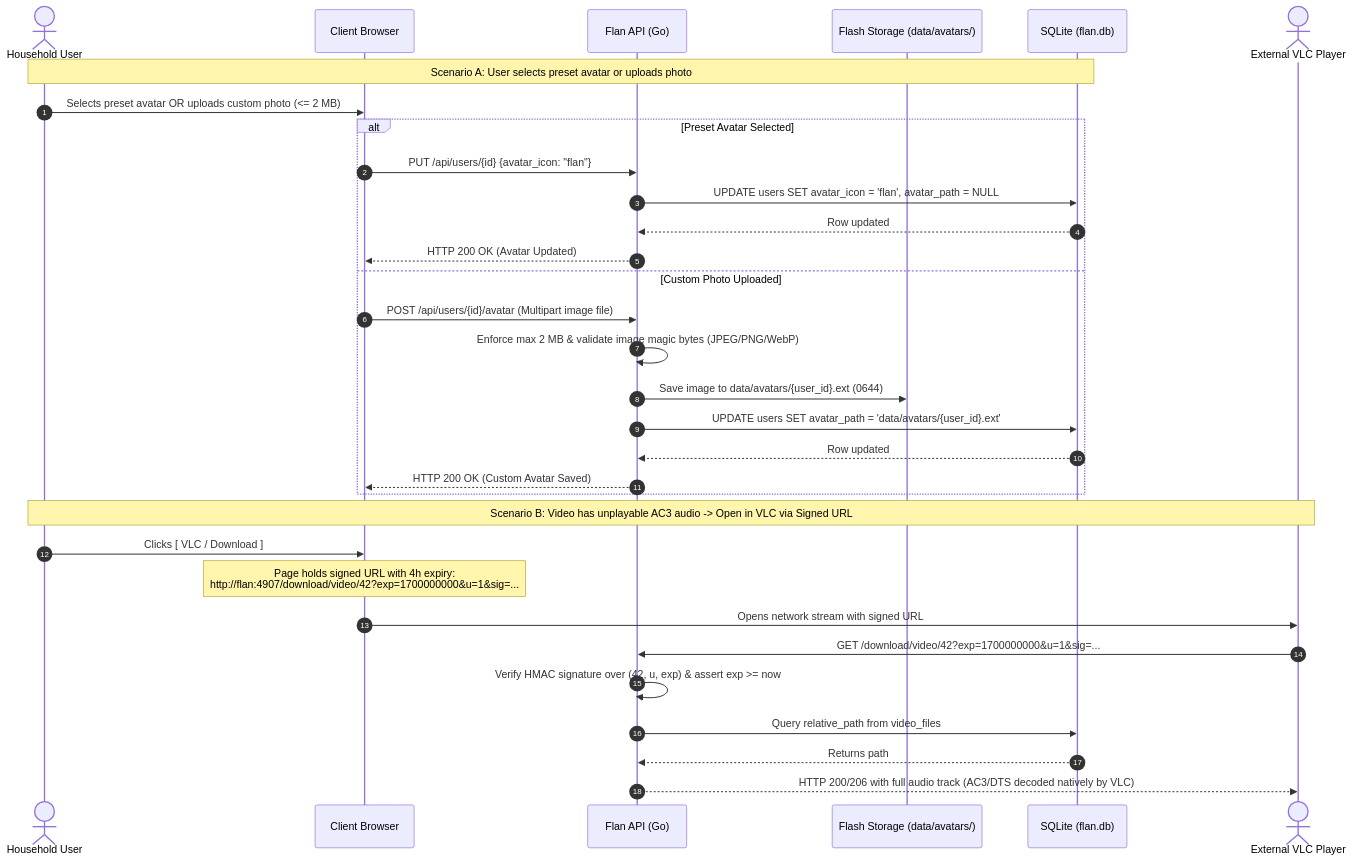
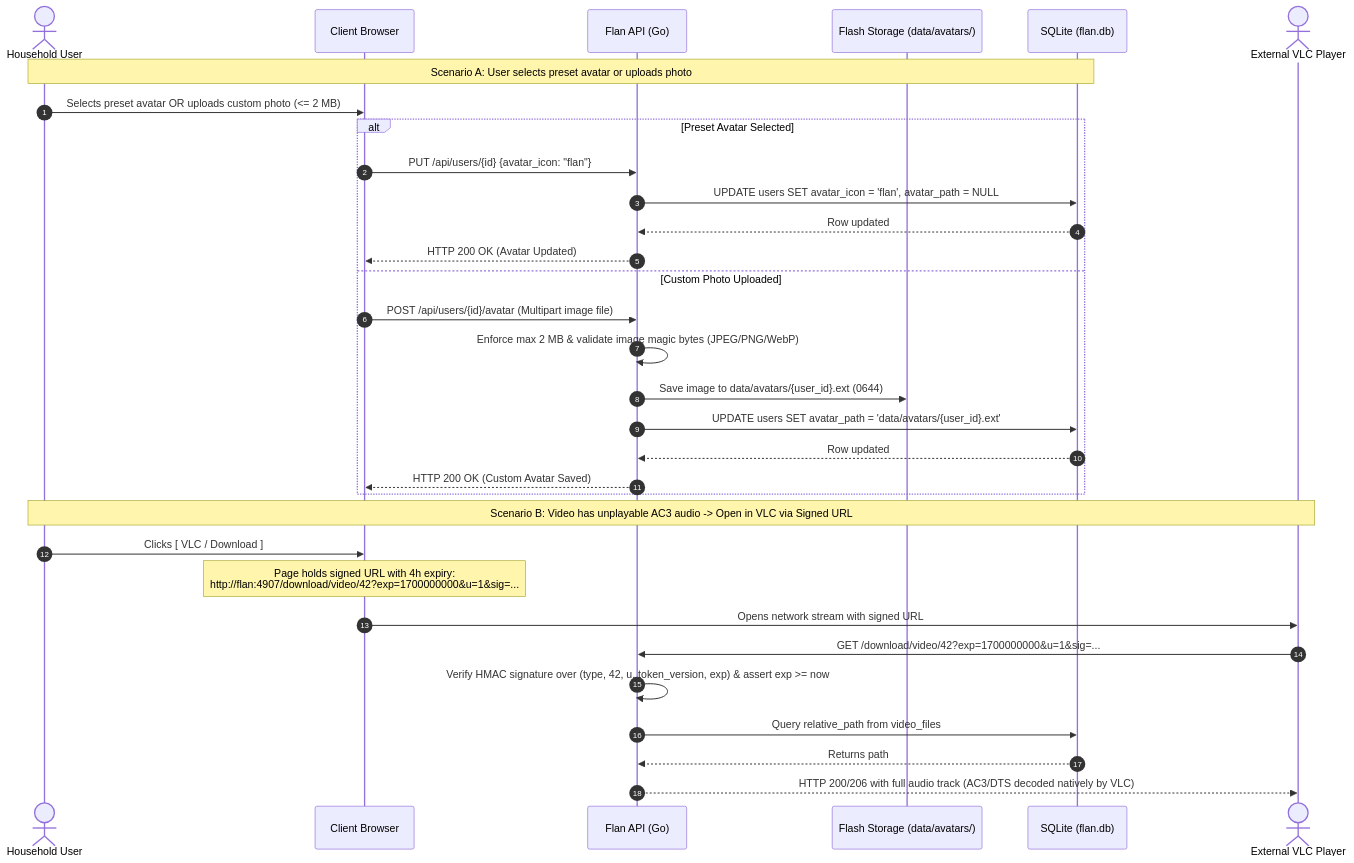
One commit to WesleyEsq/Flan-Media-Server changed the sixth of 6 diagrams in docs/diagrams/data-flow.md. Above: the diagram before and after it, drawn with Mermaid. The commit also changed other lines of this file and 26 other files, not shown here.

````diff
--- a/docs/diagrams/data-flow.md
+++ b/docs/diagrams/data-flow.md
@@ -179,36 +172,36 @@
 ```mermaid
 sequenceDiagram
     autonumber
     actor User as Household User
     participant Browser as Client Browser
     participant API as Flan API (Go)
     participant Disk as Flash Storage (data/avatars/)
     participant DB as SQLite (flan.db)
     actor VLC as External VLC Player
 
     Note over User,DB: Scenario A: User selects preset avatar or uploads photo
     User->>Browser: Selects preset avatar OR uploads custom photo (<= 2 MB)
     alt Preset Avatar Selected
         Browser->>API: PUT /api/users/{id} {avatar_icon: "flan"}
         API->>DB: UPDATE users SET avatar_icon = 'flan', avatar_path = NULL
         DB-->>API: Row updated
         API-->>Browser: HTTP 200 OK (Avatar Updated)
     else Custom Photo Uploaded
         Browser->>API: POST /api/users/{id}/avatar (Multipart image file)
         API->>API: Enforce max 2 MB & validate image magic bytes (JPEG/PNG/WebP)
         API->>Disk: Save image to data/avatars/{user_id}.ext (0644)
         API->>DB: UPDATE users SET avatar_path = 'data/avatars/{user_id}.ext'
         DB-->>API: Row updated
         API-->>Browser: HTTP 200 OK (Custom Avatar Saved)
     end
 
     Note over User,VLC: Scenario B: Video has unplayable AC3 audio -> Open in VLC via Signed URL
     User->>Browser: Clicks [ VLC / Download ]
     Note over Browser: Page holds signed URL with 4h expiry:<br/>http://flan:4907/download/video/42?exp=1700000000&u=1&sig=...
     Browser->>VLC: Opens network stream with signed URL
     VLC->>API: GET /download/video/42?exp=1700000000&u=1&sig=...
-    API->>API: Verify HMAC signature over (42, u, exp) & assert exp >= now
+    API->>API: Verify HMAC signature over (type, 42, u, token_version, exp) & assert exp >= now
     API->>DB: Query relative_path from video_files
     DB-->>API: Returns path
     API-->>VLC: HTTP 200/206 with full audio track (AC3/DTS decoded natively by VLC)
 ```
````
